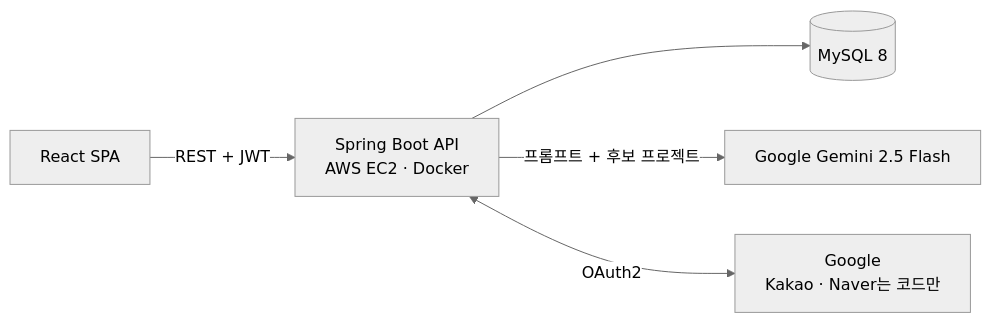
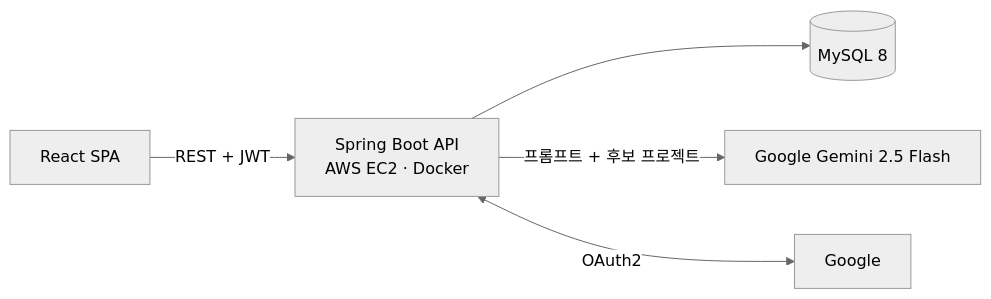
One commit to happyzerojun/team-builder-backend changed the first of 3 diagrams in README.md. Above: the diagram before and after it, drawn with Mermaid (neutral theme). The commit also changed other lines of this file and 9 other files, not shown here.

````diff
--- a/README.md
+++ b/README.md
@@ -36,7 +36,7 @@
 ```mermaid
 flowchart LR
     FE[React SPA] -->|REST + JWT| BE[Spring Boot API<br/>AWS EC2 · Docker]
     BE --> DB[(MySQL 8)]
     BE -->|프롬프트 + 후보 프로젝트| AI[Google Gemini 2.5 Flash]
-    BE <-->|OAuth2| SNS[Google<br/>Kakao · Naver는 코드만]
+    BE <-->|OAuth2| SNS[Google]
 ```
````
